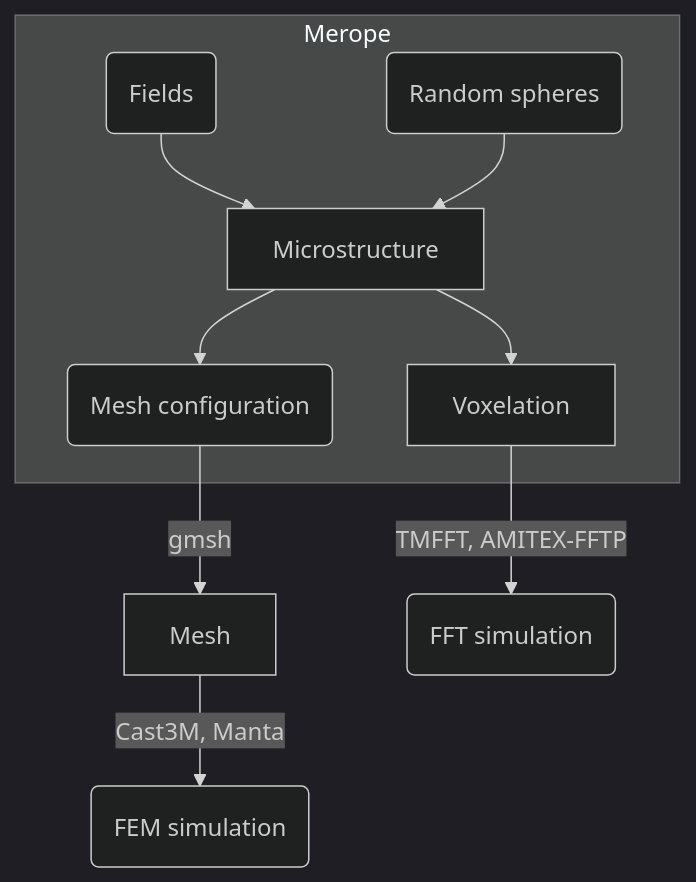
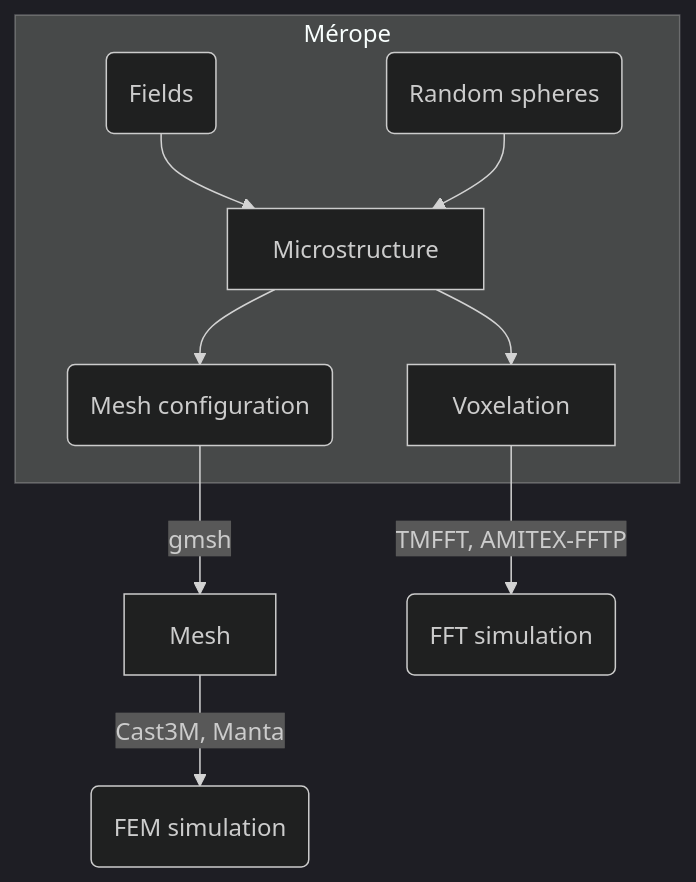
One commit to MarcJos/Merope changed the first of 2 diagrams in Readme.md. Above: the diagram before and after it, drawn with Mermaid (dark theme). The commit also changed 302 other files, not shown here.

````diff
--- a/Readme.md
+++ b/Readme.md
@@ -26,19 +27,19 @@
 ```mermaid
 graph TB
-  subgraph "Merope"
+  subgraph "Mérope"
     Gauss(Fields)-->Microstructure;
     SdB(Random spheres)-->Microstructure;
     Microstructure-->Voxelation;
     Microstructure-->Mesh_Conf(Mesh configuration);
   end
 
   Mesh;
   
   simFFT(FFT simulation);
   simEF(FEM simulation);
 
   Voxelation--TMFFT, AMITEX-FFTP-->simFFT;
   Mesh_Conf--gmsh-->Mesh;
   Mesh--Cast3M, Manta-->simEF;
 
 ```
````
